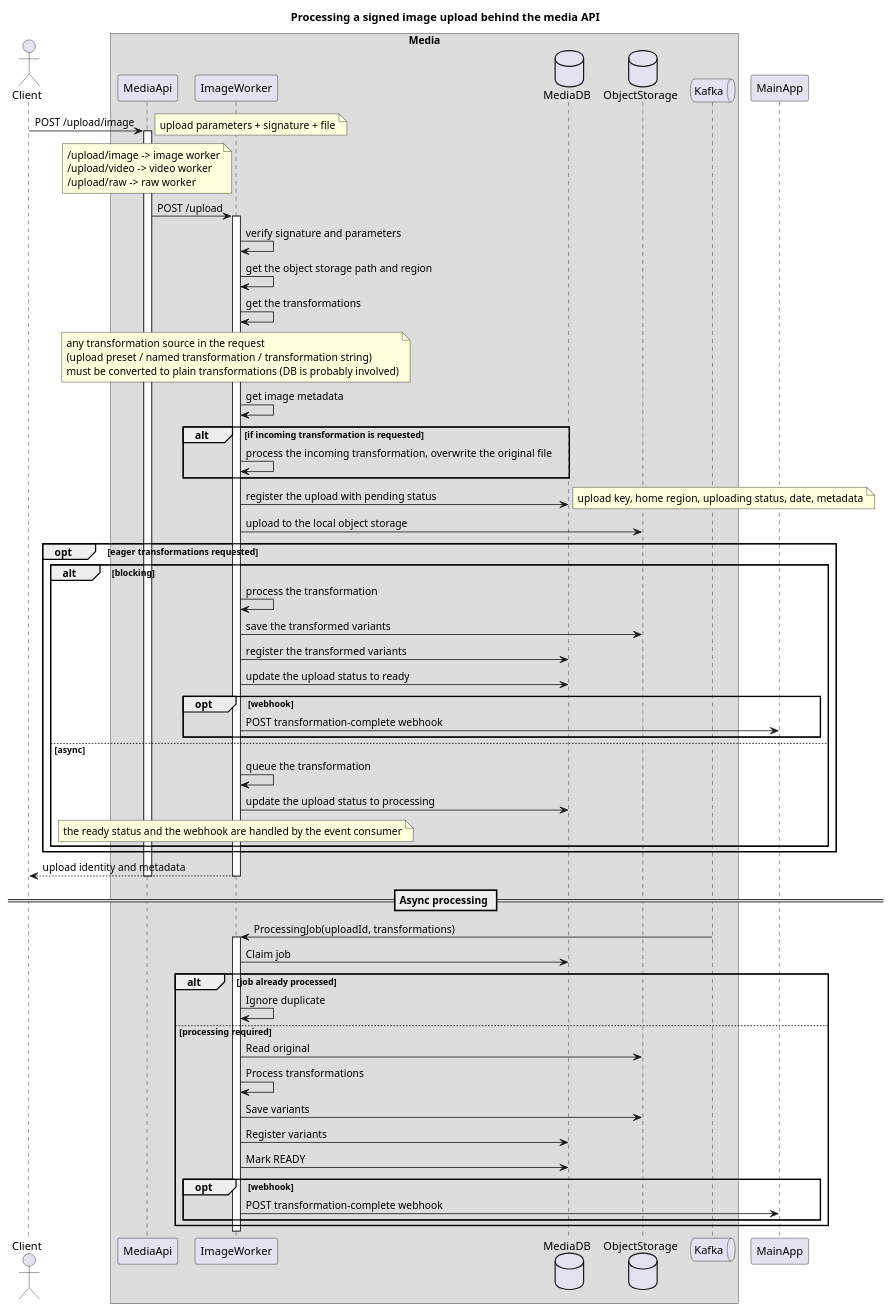
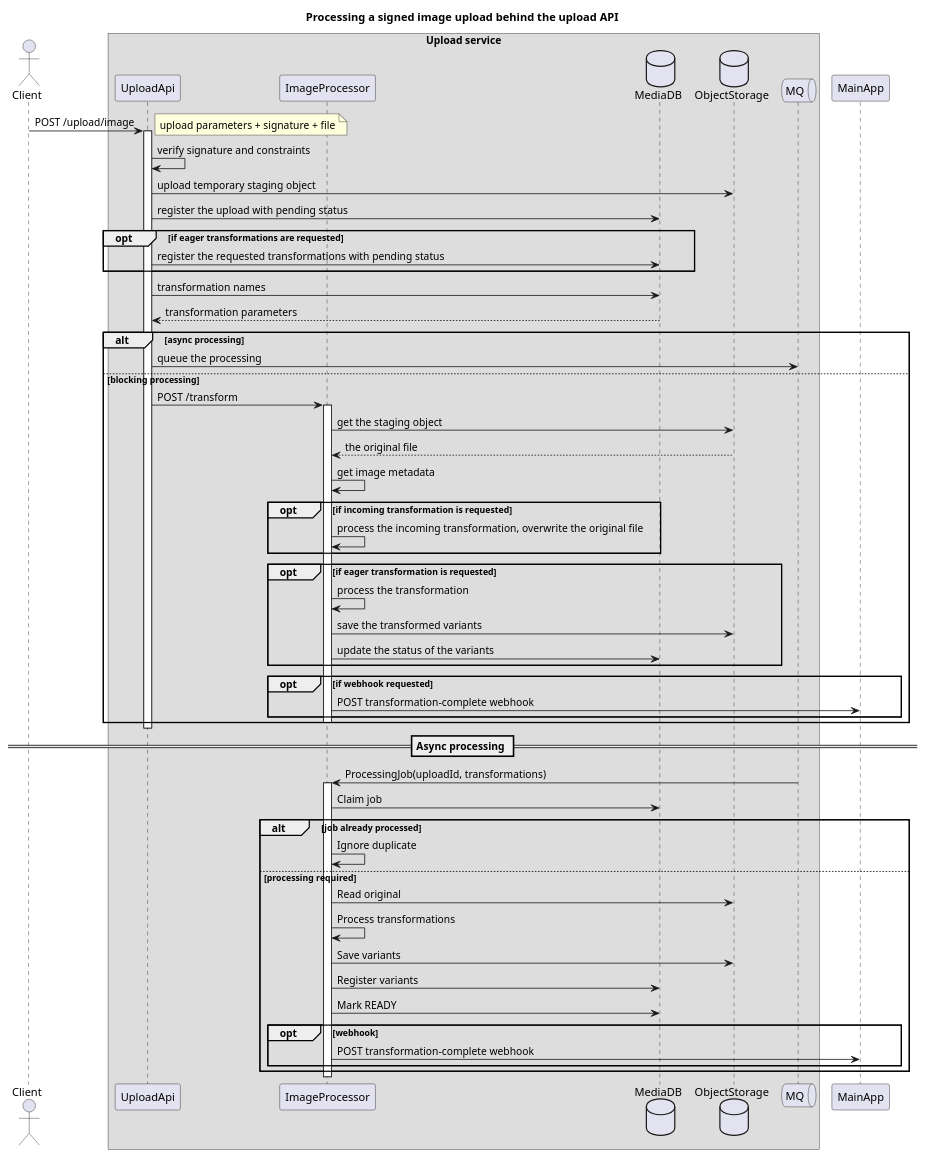
One commit to peter-peter-22/java-social-app changed the diagram in java/planning/media/process_upload.puml. Above: the diagram before and after it, drawn with PlantUML. The commit also changed 8 other files, not shown here.

```diff
--- a/java/planning/media/process_upload.puml
+++ b/java/planning/media/process_upload.puml
@@ -1,102 +1,88 @@
 @startuml
 
-title Processing a signed image upload behind the media API
+title Processing a signed image upload behind the upload API
 
 skinparam BoxPadding 5
 skinparam ParticipantPadding 5
 
 actor Client
 
-box Media
-    participant MediaApi
-    participant ImageWorker
+box Upload service
+    participant UploadApi
+    participant ImageProcessor
     database MediaDB
     database ObjectStorage
-    queue Kafka
+    queue MQ
 endbox
 
 participant MainApp
 
 
 
-Client->MediaApi: POST /upload/image
+Client->UploadApi: POST /upload/image
 note right: upload parameters + signature + file
 
-activate MediaApi
+activate UploadApi
 
-    note over MediaApi
-        /upload/image -> image worker
-        /upload/video -> video worker
-        /upload/raw -> raw worker
-    end note
+    UploadApi->UploadApi: verify signature and constraints
+    UploadApi->ObjectStorage: upload temporary staging object
+    UploadApi->MediaDB: register the upload with pending status
+    opt if eager transformations are requested
+        UploadApi->MediaDB: register the requested transformations with pending status
+    end
+    UploadApi->MediaDB: transformation names
+    MediaDB-->UploadApi: transformation parameters
 
-    MediaApi->ImageWorker: POST /upload
 
-    activate ImageWorker
+    alt async processing
+        UploadApi->MQ: queue the processing
+    else blocking processing
+        UploadApi->ImageProcessor: POST /transform
+        activate ImageProcessor
+            ImageProcessor->ObjectStorage: get the staging object
+            ObjectStorage-->ImageProcessor: the original file
+            ImageProcessor->ImageProcessor: get image metadata
 
-        ImageWorker->ImageWorker: verify signature and parameters
-        ImageWorker->ImageWorker: get the object storage path and region
-        ImageWorker->ImageWorker: get the transformations
-        note over ImageWorker
-            any transformation source in the request
-            (upload preset / named transformation / transformation string)
-            must be converted to plain transformations (DB is probably involved)
-        end note
-        ImageWorker->ImageWorker: get image metadata
+            opt if incoming transformation is requested
+                ImageProcessor->ImageProcessor: process the incoming transformation, overwrite the original file
+            end
 
-        alt if incoming transformation is requested
-            ImageWorker->ImageWorker: process the incoming transformation, overwrite the original file
-        end
+            opt if eager transformation is requested
+                ImageProcessor->ImageProcessor: process the transformation
+                ImageProcessor->ObjectStorage: save the transformed variants
+                ImageProcessor->MediaDB: update the status of the variants
+            end
 
-        ImageWorker->MediaDB: register the upload with pending status
-        note right: upload key, home region, uploading status, date, metadata
-        ImageWorker->ObjectStorage: upload to the local object storage
-
-        opt eager transformations requested
-            alt blocking
-                ImageWorker->ImageWorker: process the transformation
-                ImageWorker->ObjectStorage: save the transformed variants
-                ImageWorker->MediaDB: register the transformed variants
-                ImageWorker->MediaDB: update the upload status to ready
-                opt webhook
-                    ImageWorker -> MainApp: POST transformation-complete webhook
-                end
-            else async
-                ImageWorker->ImageWorker: queue the transformation
-                ImageWorker->MediaDB: update the upload status to processing
-                note over ImageWorker: the ready status and the webhook are handled by the event consumer
+            opt if webhook requested
+                ImageProcessor -> MainApp: POST transformation-complete webhook
             end
-        end
-
-        ImageWorker-->Client: upload identity and metadata
-
-    deactivate ImageWorker
-
-deactivate MediaApi
+        deactivate ImageProcessor
+    end
+deactivate UploadApi
 
 
 == Async processing ==
 
-Kafka -> ImageWorker: ProcessingJob(uploadId, transformations)
+MQ -> ImageProcessor: ProcessingJob(uploadId, transformations)
 
-activate ImageWorker
+activate ImageProcessor
 
-ImageWorker -> MediaDB: Claim job
+ImageProcessor -> MediaDB: Claim job
 
 alt job already processed
-    ImageWorker -> ImageWorker: Ignore duplicate
+    ImageProcessor -> ImageProcessor: Ignore duplicate
 else processing required
-    ImageWorker -> ObjectStorage: Read original
-    ImageWorker -> ImageWorker: Process transformations
-    ImageWorker -> ObjectStorage: Save variants
-    ImageWorker -> MediaDB: Register variants
-    ImageWorker -> MediaDB: Mark READY
+    ImageProcessor -> ObjectStorage: Read original
+    ImageProcessor -> ImageProcessor: Process transformations
+    ImageProcessor -> ObjectStorage: Save variants
+    ImageProcessor -> MediaDB: Register variants
+    ImageProcessor -> MediaDB: Mark READY
 
     opt webhook
-        ImageWorker -> MainApp: POST transformation-complete webhook
+        ImageProcessor -> MainApp: POST transformation-complete webhook
     end
 end
 
-deactivate ImageWorker
+deactivate ImageProcessor
 
 @enduml
```
